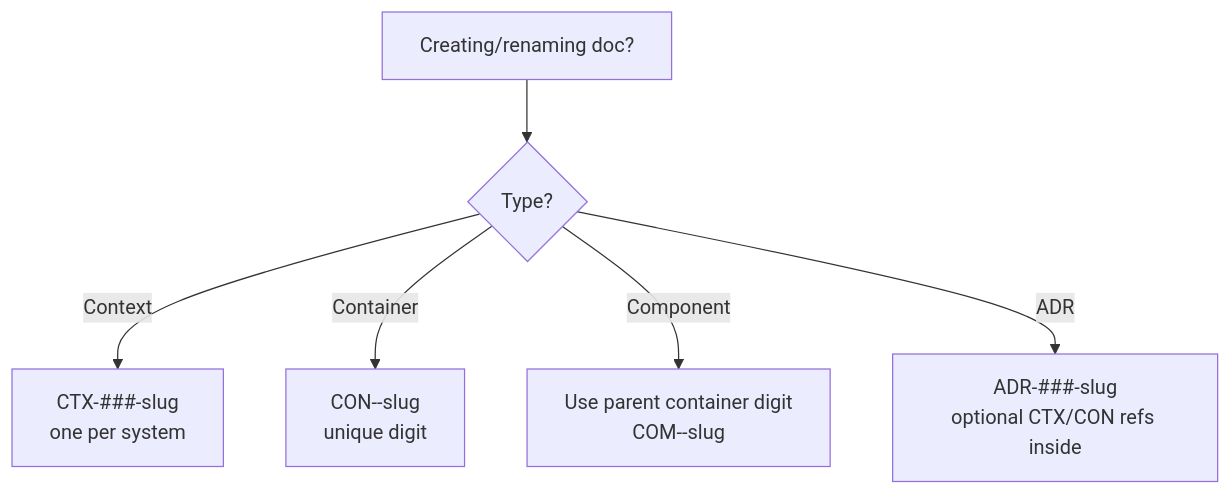
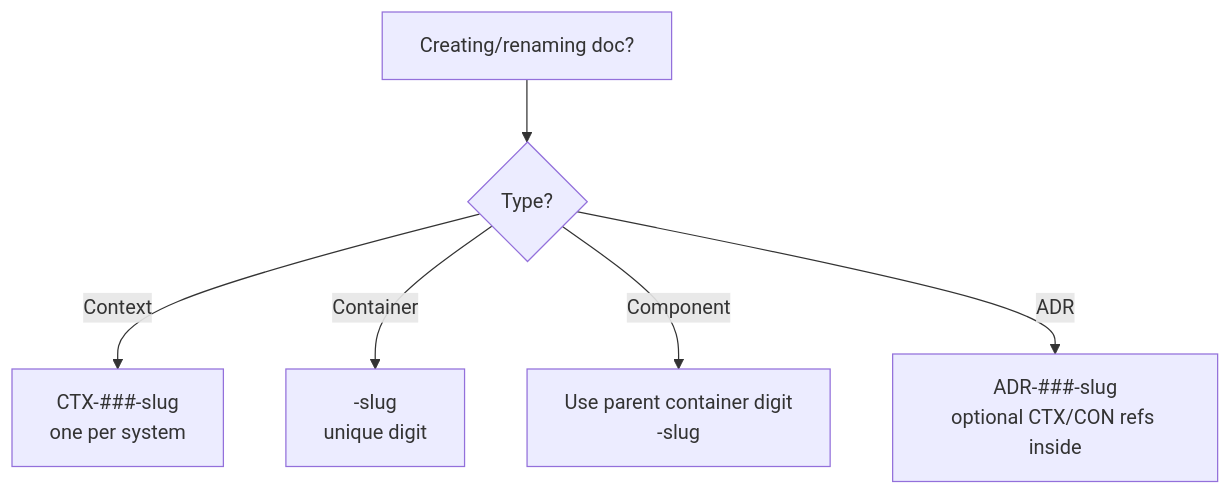
One commit to lagz0ne/c3-skill changed the diagram in skills/c3-naming/SKILL.md. Above: the diagram before and after it, drawn with Mermaid. The commit also changed other lines of this file, not shown here.

Commit message:
Drop CON/COM prefixes in c3 naming guidance

````diff
--- a/skills/c3-naming/SKILL.md
+++ b/skills/c3-naming/SKILL.md
@@ -33,8 +33,8 @@
 ```mermaid
 flowchart TD
     Need[Creating/renaming doc?] --> Type{Type?}
     Type -->|Context| Ctx[CTX-###-slug<br/>one per system]
-    Type -->|Container| Con[CON-<C>-slug<br/>unique digit]
-    Type -->|Component| Com[Use parent container digit<br/>COM-<C><NN>-slug]
+    Type -->|Container| Con[<C>-slug<br/>unique digit]
+    Type -->|Component| Com[Use parent container digit<br/><C><NN>-slug]
     Type -->|ADR| Adr[ADR-###-slug<br/>optional CTX/CON refs inside]
 ```
````
